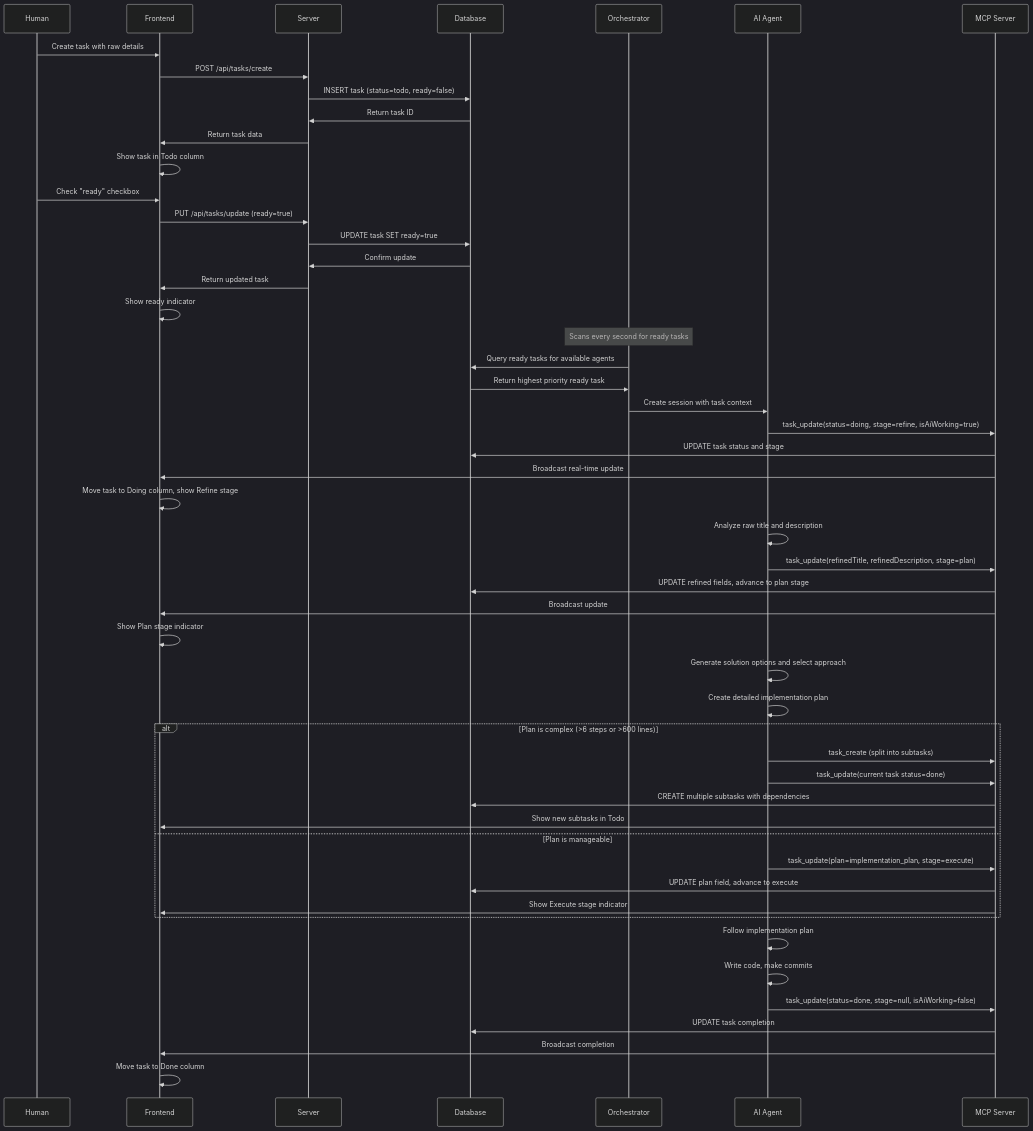
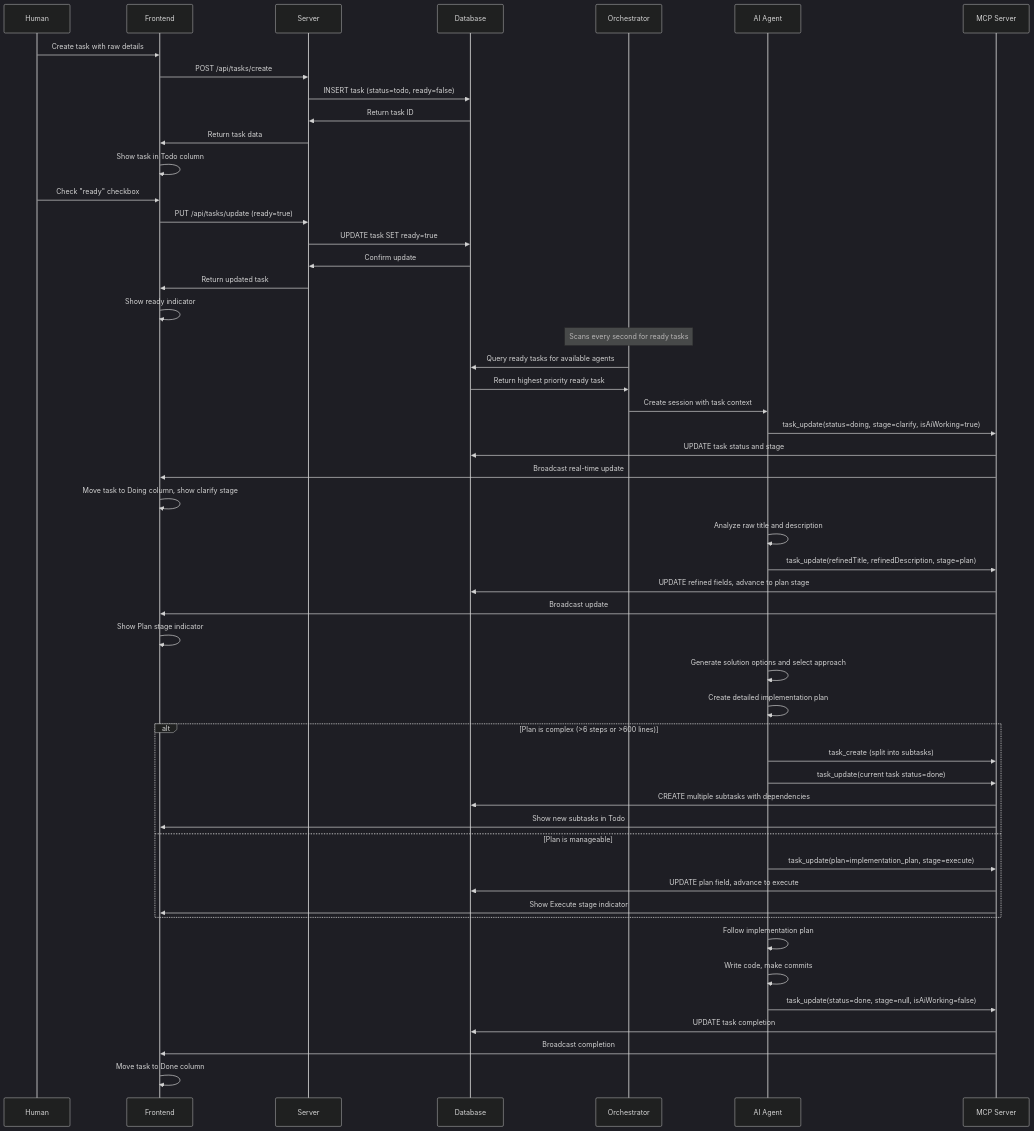
The first of 4 diagrams in docs/feature-flows/task-lifecycle.md (ivawzh/v0-bun-hono-tanstack-router), drawn with Mermaid (dark theme) before and after one commit. The commit also changed other lines of this file and 32 other files, not shown here.

````diff
--- a/docs/feature-flows/task-lifecycle.md
+++ b/docs/feature-flows/task-lifecycle.md
@@ -39,65 +39,65 @@
 ```mermaid
 sequenceDiagram
     participant H as Human
     participant UI as Frontend
     participant S as Server
     participant DB as Database
     participant O as Orchestrator
     participant AI as AI Agent
     participant MCP as MCP Server
-    
+
     %% Task Creation
     H->>UI: Create task with raw details
     UI->>S: POST /api/tasks/create
     S->>DB: INSERT task (status=todo, ready=false)
     DB->>S: Return task ID
     S->>UI: Return task data
     UI->>UI: Show task in Todo column
-    
+
     %% Human Marks Ready
     H->>UI: Check "ready" checkbox
     UI->>S: PUT /api/tasks/update (ready=true)
     S->>DB: UPDATE task SET ready=true
     DB->>S: Confirm update
     S->>UI: Return updated task
     UI->>UI: Show ready indicator
-    
+
     %% AI Orchestrator Picks Up Task
     Note over O: Scans every second for ready tasks
     O->>DB: Query ready tasks for available agents
     DB->>O: Return highest priority ready task
     O->>AI: Create session with task context
-    AI->>MCP: task_update(status=doing, stage=refine, isAiWorking=true)
+    AI->>MCP: task_update(status=doing, stage=clarify, isAiWorking=true)
     MCP->>DB: UPDATE task status and stage
     MCP->>UI: Broadcast real-time update
-    UI->>UI: Move task to Doing column, show Refine stage
-    
-    %% Refine Stage
+    UI->>UI: Move task to Doing column, show clarify stage
+
+    %% clarify Stage
     AI->>AI: Analyze raw title and description
     AI->>MCP: task_update(refinedTitle, refinedDescription, stage=plan)
     MCP->>DB: UPDATE refined fields, advance to plan stage
     MCP->>UI: Broadcast update
     UI->>UI: Show Plan stage indicator
-    
+
     %% Plan Stage
     AI->>AI: Generate solution options and select approach
     AI->>AI: Create detailed implementation plan
     alt Plan is complex (>6 steps or >600 lines)
         AI->>MCP: task_create (split into subtasks)
         AI->>MCP: task_update(current task status=done)
         MCP->>DB: CREATE multiple subtasks with dependencies
         MCP->>UI: Show new subtasks in Todo
     else Plan is manageable
         AI->>MCP: task_update(plan=implementation_plan, stage=execute)
         MCP->>DB: UPDATE plan field, advance to execute
         MCP->>UI: Show Execute stage indicator
     end
-    
+
     %% Execute Stage
     AI->>AI: Follow implementation plan
     AI->>AI: Write code, make commits
     AI->>MCP: task_update(status=done, stage=null, isAiWorking=false)
     MCP->>DB: UPDATE task completion
     MCP->>UI: Broadcast completion
     UI->>UI: Move task to Done column
 ```
````
